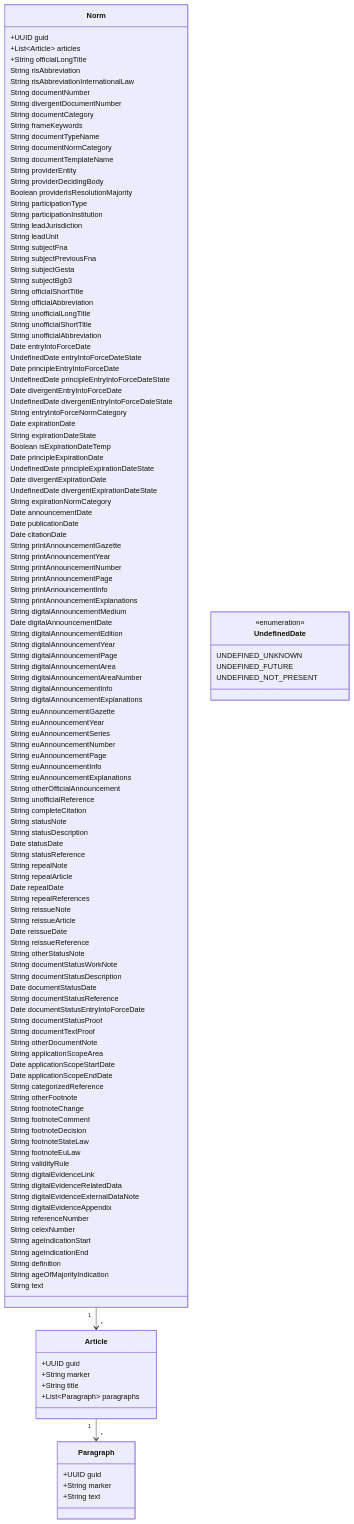
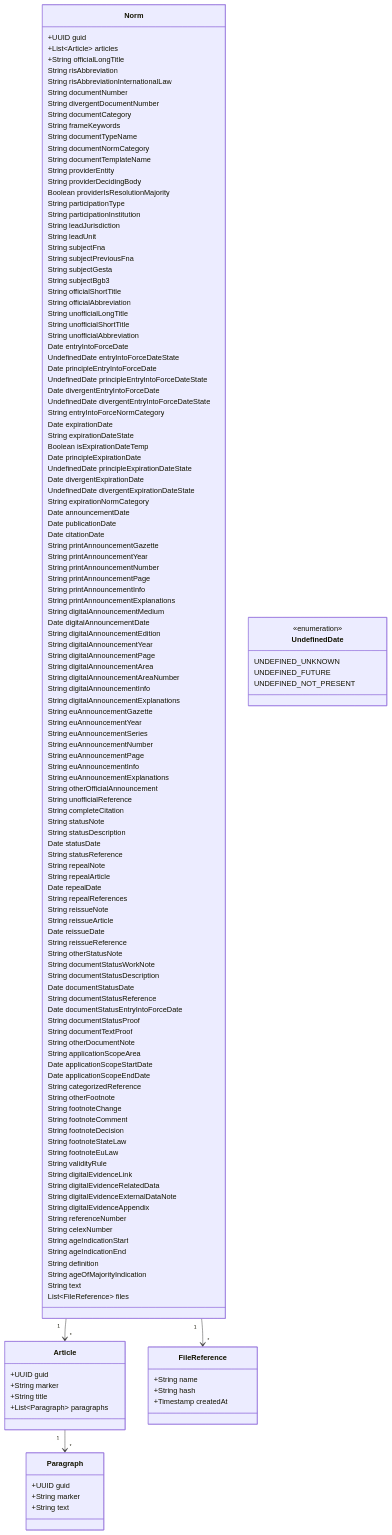
Before and after one commit to digitalservicebund/ris-backend-service: the diagram in doc/norms/domain-model.md, drawn with Mermaid. The commit also changed 8 other files, not shown here.

Commit message:
Adjusted the mermaid and domain models

````diff
--- a/doc/norms/domain-model.md
+++ b/doc/norms/domain-model.md
@@ -143,7 +143,8 @@
 
     String ageOfMajorityIndication
 
-    Stirng text
+    String text
+    List~FileReference~ files
   }
 
   class Article {
@@ -167,6 +168,13 @@
     UNDEFINED_NOT_PRESENT
   }
 
+  class FileReference {
+    +String name
+    +String hash
+    +Timestamp createdAt
+  }
+
   Norm "1" --> "*" Article
   Article "1" --> "*" Paragraph
+  Norm "1" --> "*" FileReference
 ```
````
